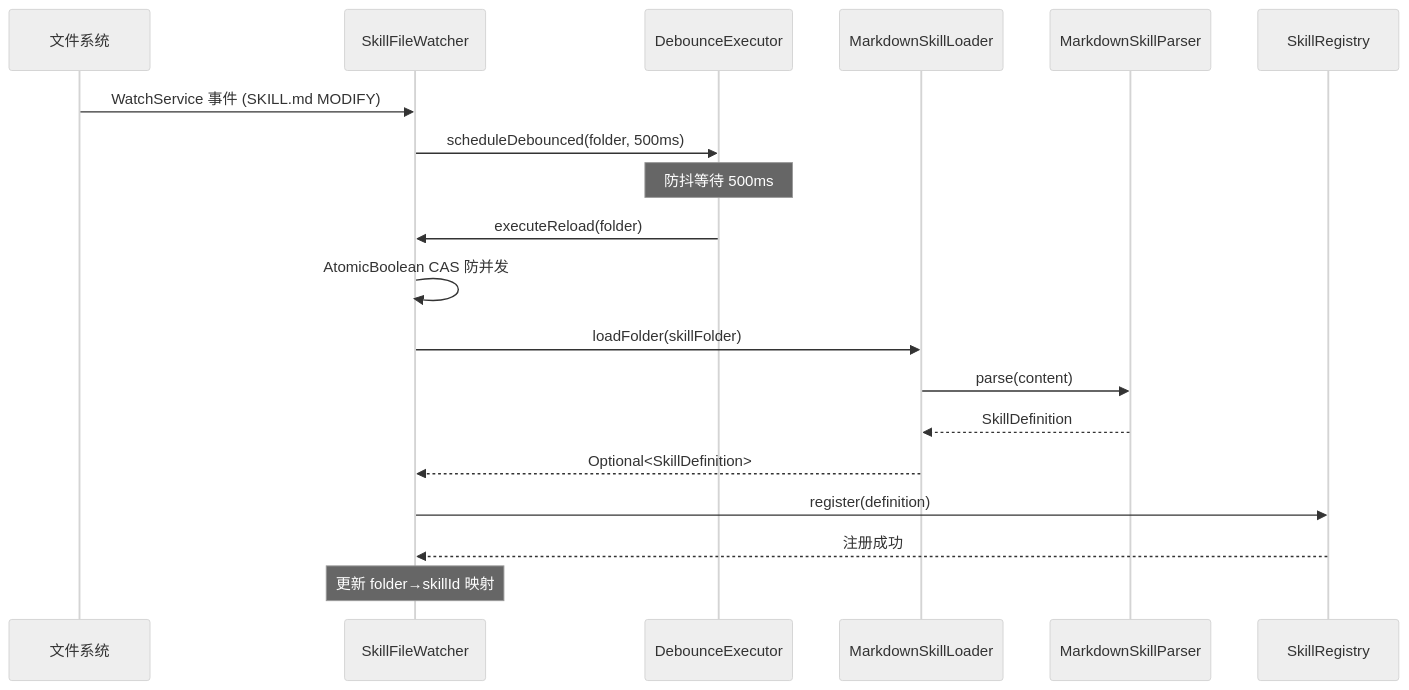
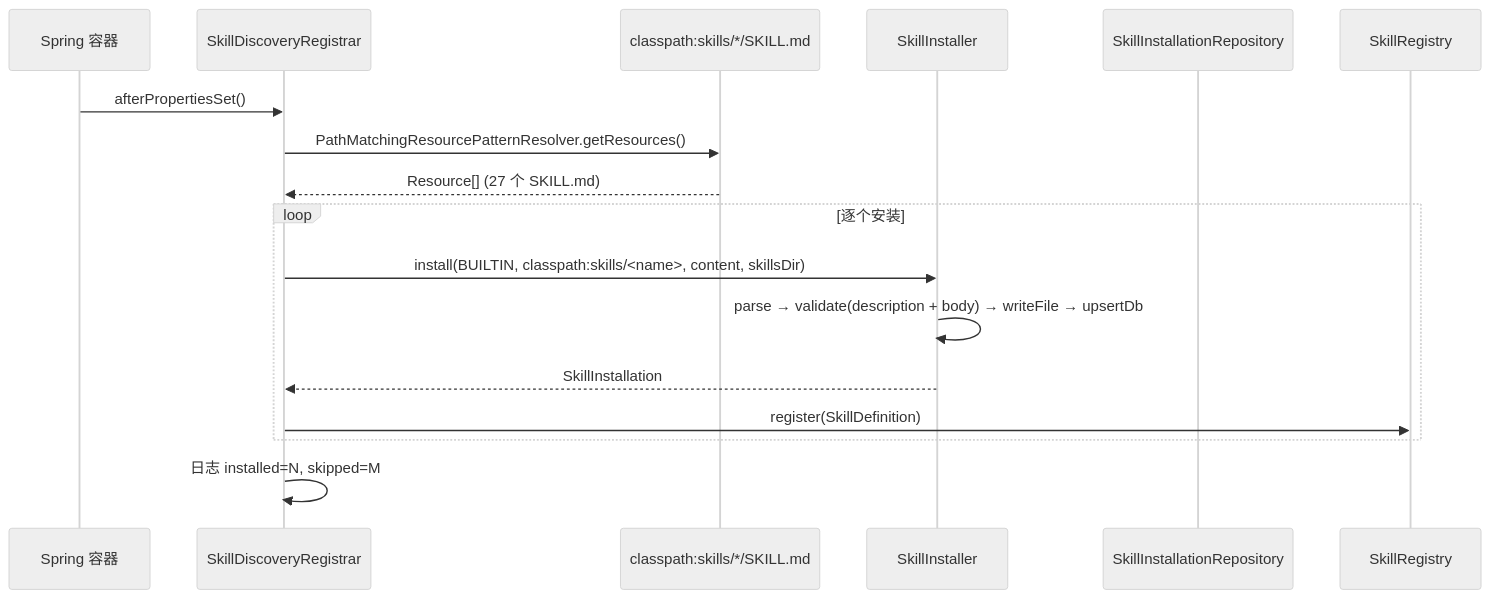
The third of 5 diagrams in docs/architecture/skill-system.md (ntygod/LifePilot), drawn with Mermaid (neutral theme) before and after one commit. The commit also changed other lines of this file and 263 other files, not shown here.

````diff
--- a/docs/architecture/skill-system.md
+++ b/docs/architecture/skill-system.md
@@ -184,22 +295,20 @@
 ```mermaid
 sequenceDiagram
-    participant FS as 文件系统
-    participant SFW as SkillFileWatcher
-    participant DE as DebounceExecutor
-    participant MSL as MarkdownSkillLoader
-    participant MSP as MarkdownSkillParser
-    participant SR as SkillRegistry
+    participant Spring as Spring 容器
+    participant SDR as SkillDiscoveryRegistrar
+    participant CP as classpath:skills/*/SKILL.md
+    participant SI as SkillInstaller
+    participant Repo as SkillInstallationRepository
+    participant Reg as SkillRegistry
 
-    FS->>SFW: WatchService 事件 (SKILL.md MODIFY)
-    SFW->>DE: scheduleDebounced(folder, 500ms)
-    Note over DE: 防抖等待 500ms
-    DE->>SFW: executeReload(folder)
-    SFW->>SFW: AtomicBoolean CAS 防并发
-    SFW->>MSL: loadFolder(skillFolder)
-    MSL->>MSP: parse(content)
-    MSP-->>MSL: SkillDefinition
-    MSL-->>SFW: Optional<SkillDefinition>
-    SFW->>SR: register(definition)
-    SR-->>SFW: 注册成功
-    Note over SFW: 更新 folder→skillId 映射
+    Spring->>SDR: afterPropertiesSet()
+    SDR->>CP: PathMatchingResourcePatternResolver.getResources()
+    CP-->>SDR: Resource[] (27 个 SKILL.md)
+    loop 逐个安装
+        SDR->>SI: install(BUILTIN, classpath:skills/<name>, content, skillsDir)
+        SI->>SI: parse → validate(description + body) → writeFile → upsertDb
+        SI-->>SDR: SkillInstallation
+        SDR->>Reg: register(SkillDefinition)
+    end
+    SDR->>SDR: 日志 installed=N, skipped=M
 ```
````
